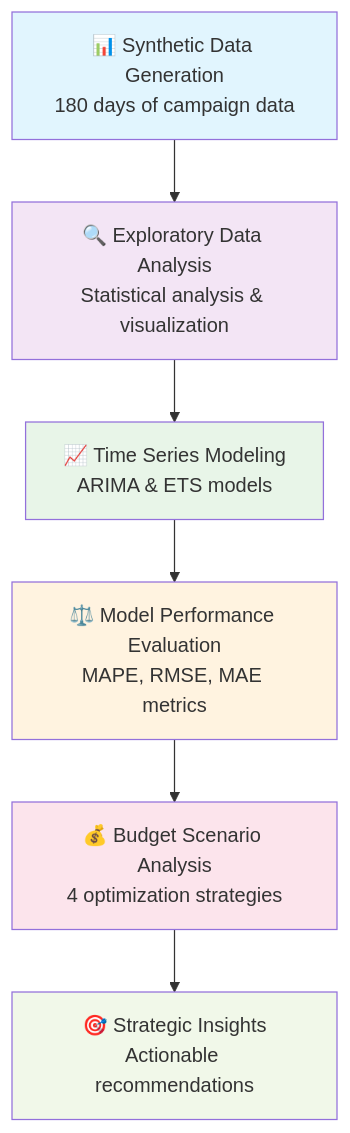
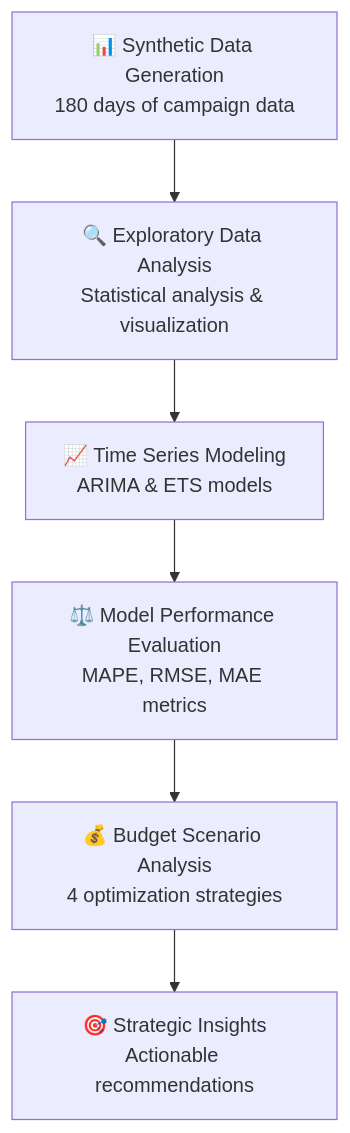
The first of 3 diagrams in README.md (asadadnan11/kpi-forecasting-for-media-campaigns), drawn with Mermaid before and after one commit. The commit also changed other lines of this file, not shown here.

Commit message:
Fix white overlay issue on Mermaid diagrams by removing custom fill colors

````diff
--- a/README.md
+++ b/README.md
@@ -23,15 +23,8 @@
 ```mermaid
 graph TD
     A["📊 Synthetic Data Generation<br/>180 days of campaign data"] --> B["🔍 Exploratory Data Analysis<br/>Statistical analysis & visualization"]
     B --> C["📈 Time Series Modeling<br/>ARIMA & ETS models"]
     C --> D["⚖️ Model Performance Evaluation<br/>MAPE, RMSE, MAE metrics"]
     D --> E["💰 Budget Scenario Analysis<br/>4 optimization strategies"]
     E --> F["🎯 Strategic Insights<br/>Actionable recommendations"]
-    
-    style A fill:#e1f5fe
-    style B fill:#f3e5f5
-    style C fill:#e8f5e8
-    style D fill:#fff3e0
-    style E fill:#fce4ec
-    style F fill:#f1f8e9
 ```
````
